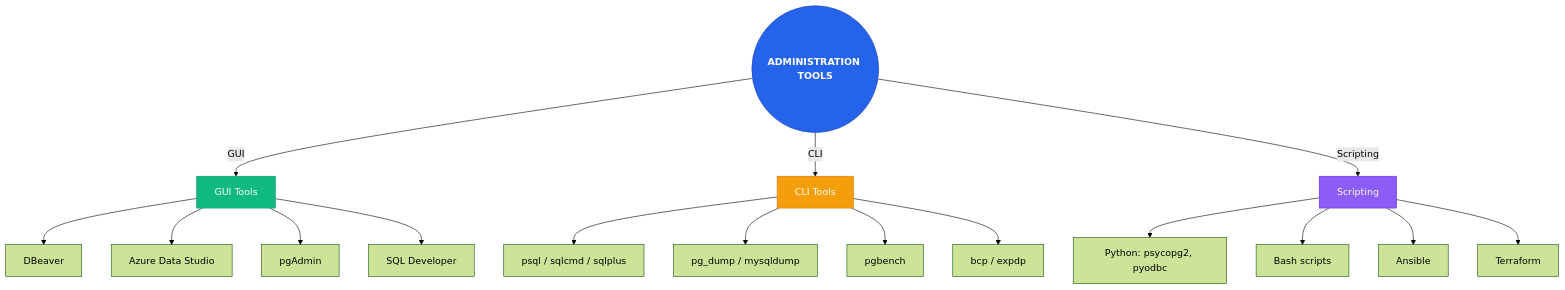
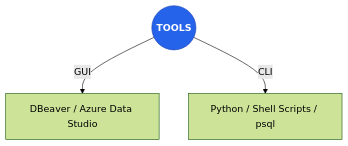
One commit to rraulherediaa/PracticasEstructurasDatos changed the fourth of 12 diagrams in README.md. Above: the diagram before and after it, drawn with Mermaid (forest theme). The commit also changed other lines of this file and 1 other file, not shown here.

Commit message:
fix: corregir errores léxicos en diagramas Mermaid y estandarizar sintaxis

````diff
--- a/README.md
+++ b/README.md
@@ -1120,28 +56,9 @@
 ```mermaid
 flowchart TD
+    Tools(("TOOLS"))
+    Tools -->|GUI| D["DBeaver / Azure Data Studio"]
+    Tools -->|CLI| Py["Python / Shell Scripts / psql"]
+
     classDef central fill:#2563eb,color:#fff,font-weight:bold,stroke:#1e40af
-    classDef gui fill:#10b981,color:#fff,stroke:#059669
-    classDef cli fill:#f59e0b,color:#fff,stroke:#d97706
-    classDef script fill:#8b5cf6,color:#fff,stroke:#6d28d9
-    
-    Tools(("ADMINISTRATION TOOLS")):::central
-    
-    Tools -->|GUI| GUI[GUI Tools]:::gui
-    Tools -->|CLI| CLI[CLI Tools]:::cli
-    Tools -->|Scripting| SCRIPT[Scripting]:::script
-    
-    GUI --> G1[DBeaver]
-    GUI --> G2[Azure Data Studio]
-    GUI --> G3[pgAdmin]
-    GUI --> G4[SQL Developer]
-    
-    CLI --> C1[psql / sqlcmd / sqlplus]
-    CLI --> C2[pg_dump / mysqldump]
-    CLI --> C3[pgbench]
-    CLI --> C4[bcp / expdp]
-    
-    SCRIPT --> S1[Python: psycopg2, pyodbc]
-    SCRIPT --> S2[Bash scripts]
-    SCRIPT --> S3[Ansible]
-    SCRIPT --> S4[Terraform]
+    class Tools central
 ```
````
